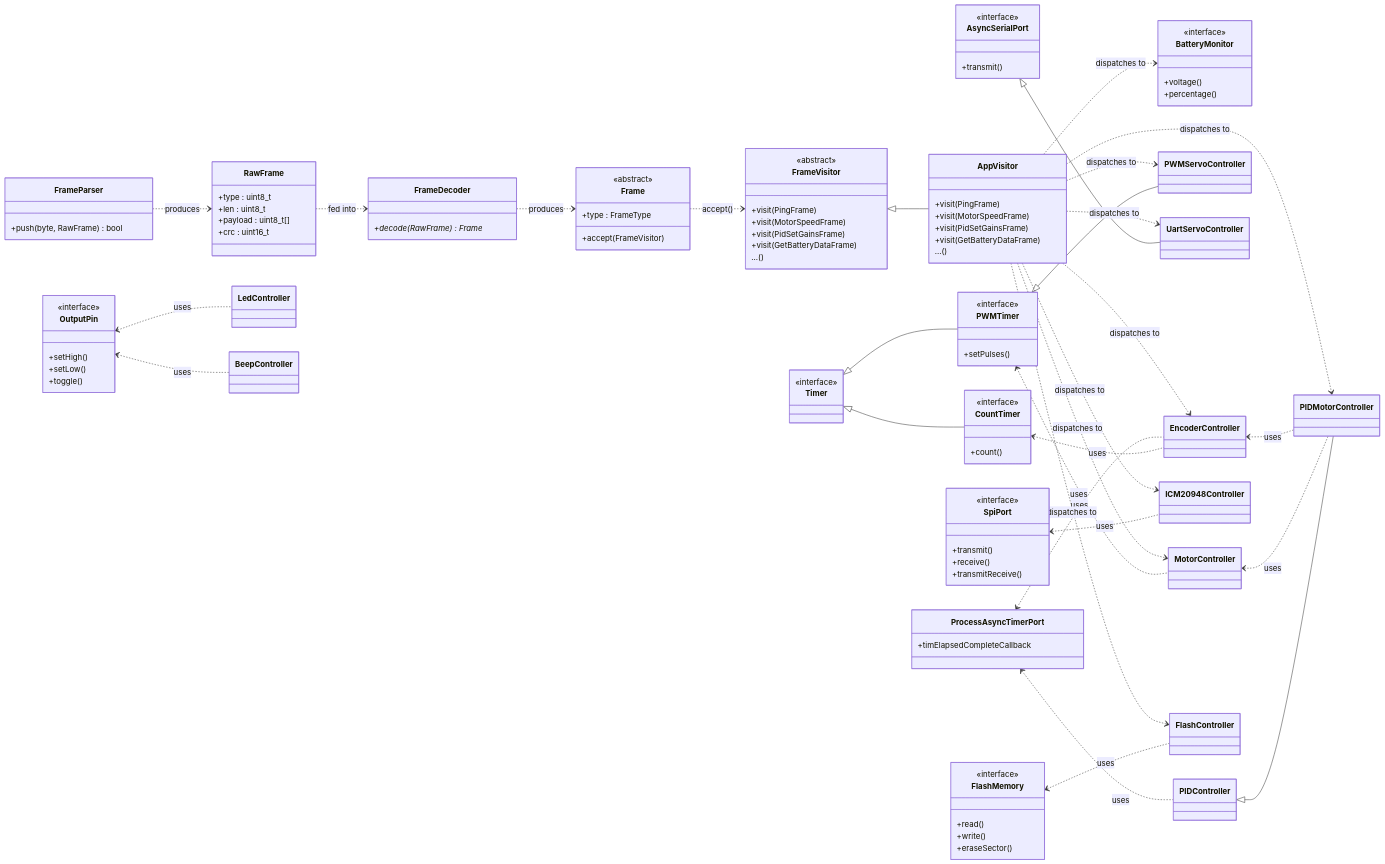
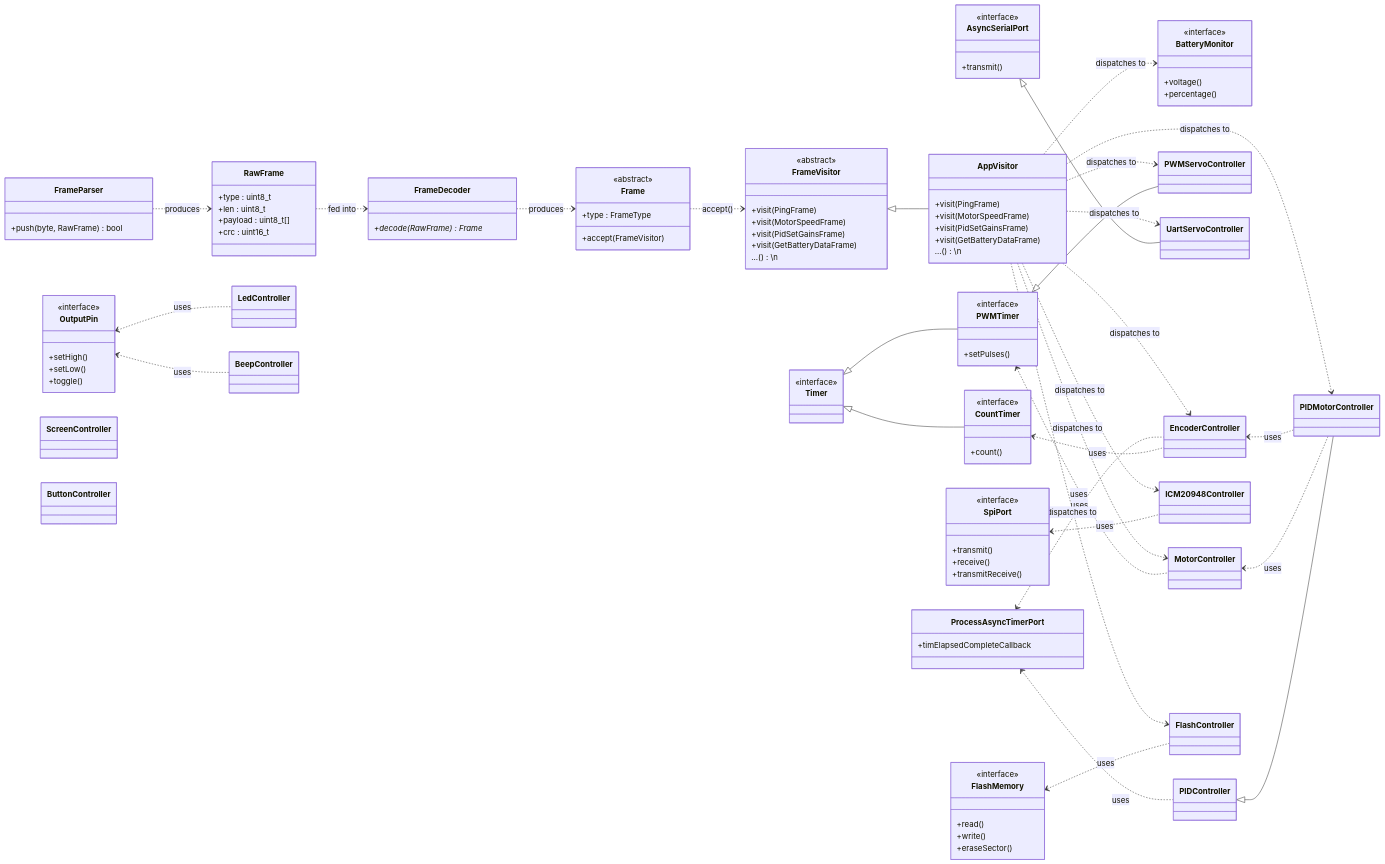
Before and after one commit to jmanuelc87/bolt: the second of 3 diagrams in README.md, drawn with Mermaid. The commit also changed other lines of this file, not shown here.

```diff
--- a/README.md
+++ b/README.md
@@ -90,16 +90,14 @@
         +visit(MotorSpeedFrame)
         +visit(PidSetGainsFrame)
         +visit(GetBatteryDataFrame)
-        ...()
-    }
+        ...()\n    }
     class AppVisitor {
         +visit(PingFrame)
         +visit(MotorSpeedFrame)
         +visit(PidSetGainsFrame)
         +visit(GetBatteryDataFrame)
-        ...()
-    }
-    
+        ...()\n    }
+
     FrameParser ..> RawFrame : produces
     RawFrame ..> FrameDecoder : fed into
     FrameDecoder ..> Frame : produces
@@ -117,7 +115,7 @@
         <<interface>>
         +transmit()
     }
-    
+
     class Timer {
         <<interface>>
     }
@@ -163,6 +161,8 @@
     class PIDController
     class PIDMotorController
     class FlashController
+    class ScreenController
+    class ButtonController
 
     PWMTimer <.. MotorController : uses
     PWMTimer <|-- PWMServoController
```
